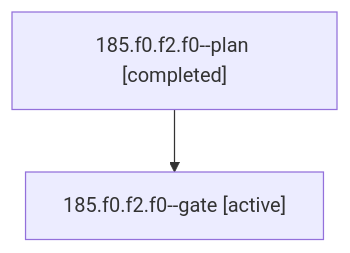
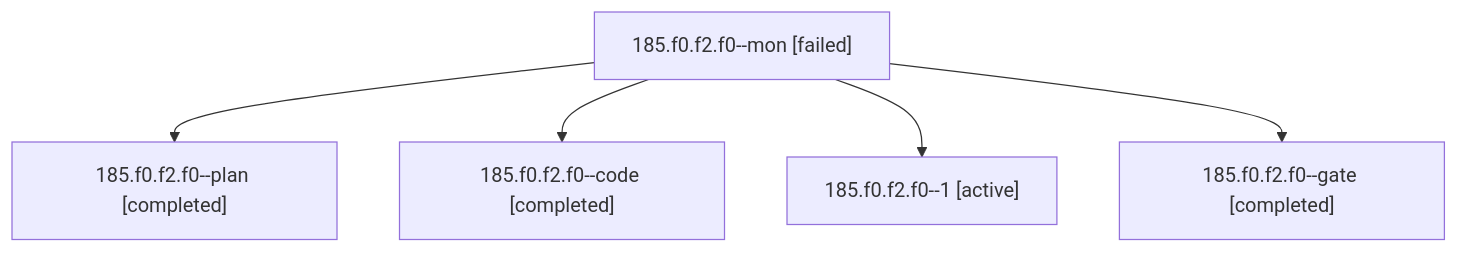
The diagram in sessions/bbugyi200.athena.185.f0.f2.f0.md (bobs-org/bob-cli--agents), drawn with Mermaid before and after one commit. The commit also changed other lines of this file and 104 other files, not shown here.

````diff
--- a/sessions/bbugyi200.athena.185.f0.f2.f0.md
+++ b/sessions/bbugyi200.athena.185.f0.f2.f0.md
@@ -9,6 +9,12 @@
 ```mermaid
 flowchart TD
-  n0["185.f0.f2.f0--plan [completed]"]
-  n1["185.f0.f2.f0--gate [active]"]
+  n0["185.f0.f2.f0--mon [failed]"]
+  n1["185.f0.f2.f0--plan [completed]"]
   n0 --> n1
+  n2["185.f0.f2.f0--code [completed]"]
+  n0 --> n2
+  n3["185.f0.f2.f0--1 [active]"]
+  n0 --> n3
+  n4["185.f0.f2.f0--gate [completed]"]
+  n0 --> n4
 ```
````
